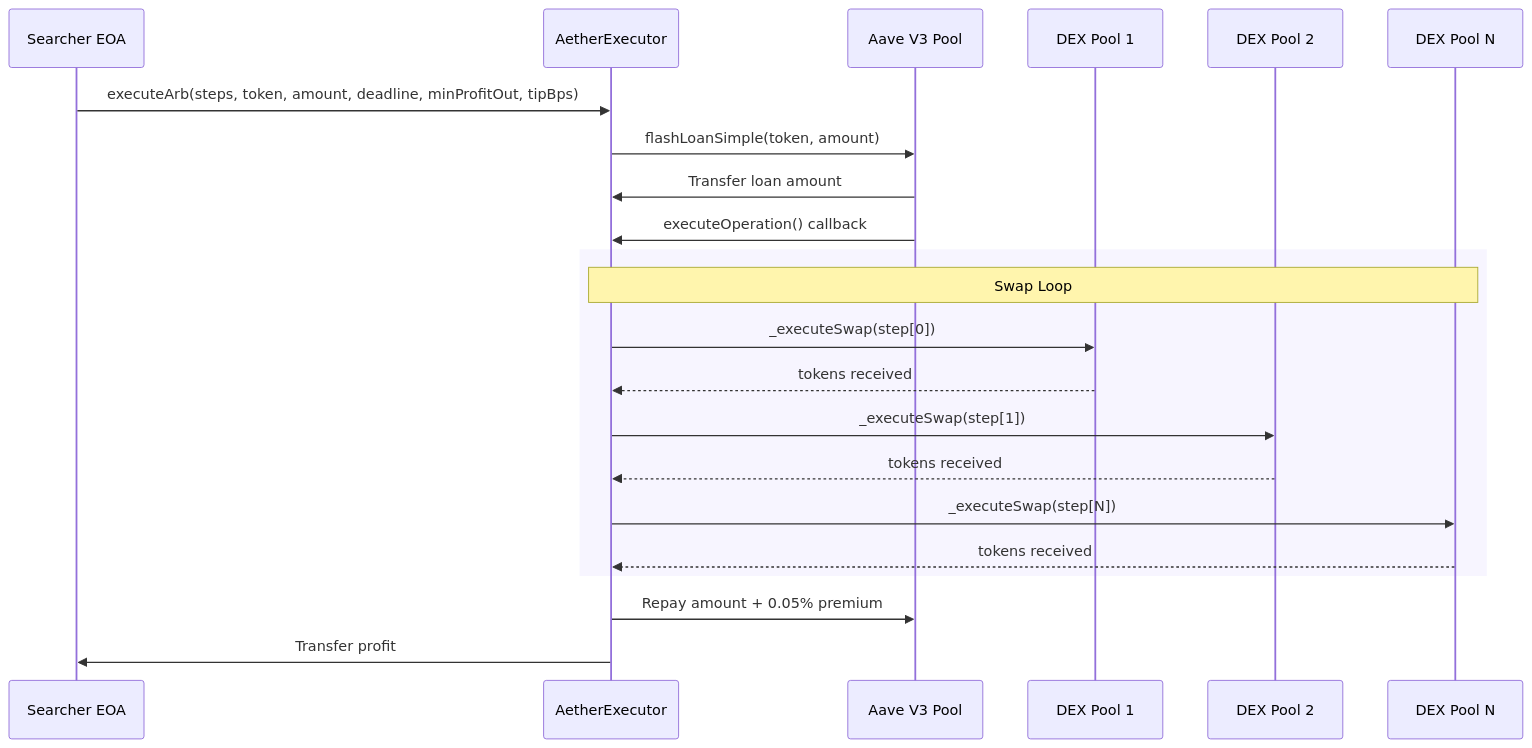
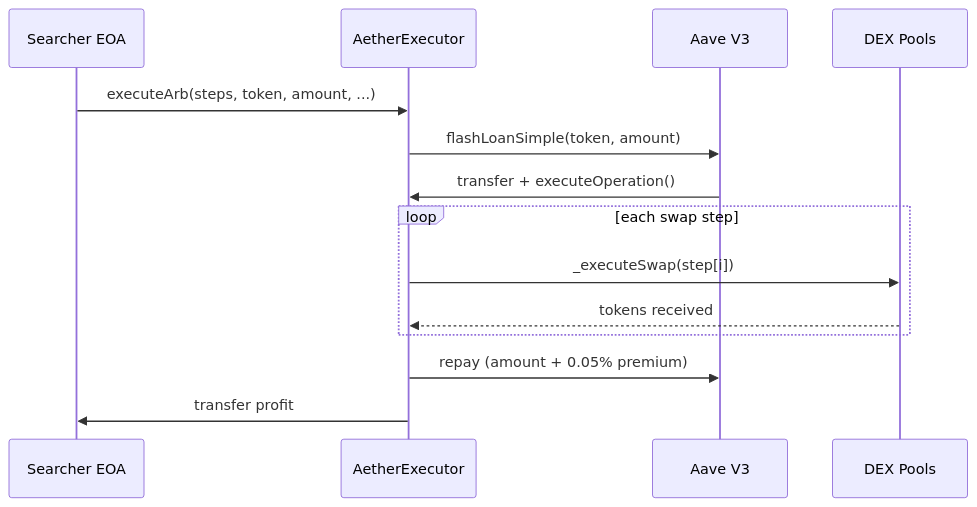
The diagram in docs-site/architecture/smart-contract.md (Pablosinyores/aether), drawn with Mermaid before and after one commit. The commit also changed 5 other files, not shown here.

First line of the commit message:
docs: add mermaid architecture diagrams

````diff
--- a/docs-site/architecture/smart-contract.md
+++ b/docs-site/architecture/smart-contract.md
@@ -13,27 +13,17 @@
 ```mermaid
 sequenceDiagram
     participant EOA as Searcher EOA
     participant EX as AetherExecutor
-    participant AAVE as Aave V3 Pool
-    participant DEX1 as DEX Pool 1
-    participant DEX2 as DEX Pool 2
-    participant DEXN as DEX Pool N
+    participant AAVE as Aave V3
+    participant DEX as DEX Pools
 
-    EOA->>EX: executeArb(steps, token, amount, deadline, minProfitOut, tipBps)
+    EOA->>EX: executeArb(steps, token, amount, ...)
     EX->>AAVE: flashLoanSimple(token, amount)
-    AAVE->>EX: Transfer loan amount
-    AAVE->>EX: executeOperation() callback
-
-    rect rgba(149, 128, 255, 0.08)
-        Note over EX,DEXN: Swap Loop
-        EX->>DEX1: _executeSwap(step[0])
-        DEX1-->>EX: tokens received
-        EX->>DEX2: _executeSwap(step[1])
-        DEX2-->>EX: tokens received
-        EX->>DEXN: _executeSwap(step[N])
-        DEXN-->>EX: tokens received
+    AAVE->>EX: transfer + executeOperation()
+    loop each swap step
+        EX->>DEX: _executeSwap(step[i])
+        DEX-->>EX: tokens received
     end
-
-    EX->>AAVE: Repay amount + 0.05% premium
-    EX->>EOA: Transfer profit
+    EX->>AAVE: repay (amount + 0.05% premium)
+    EX->>EOA: transfer profit
 ```
````
